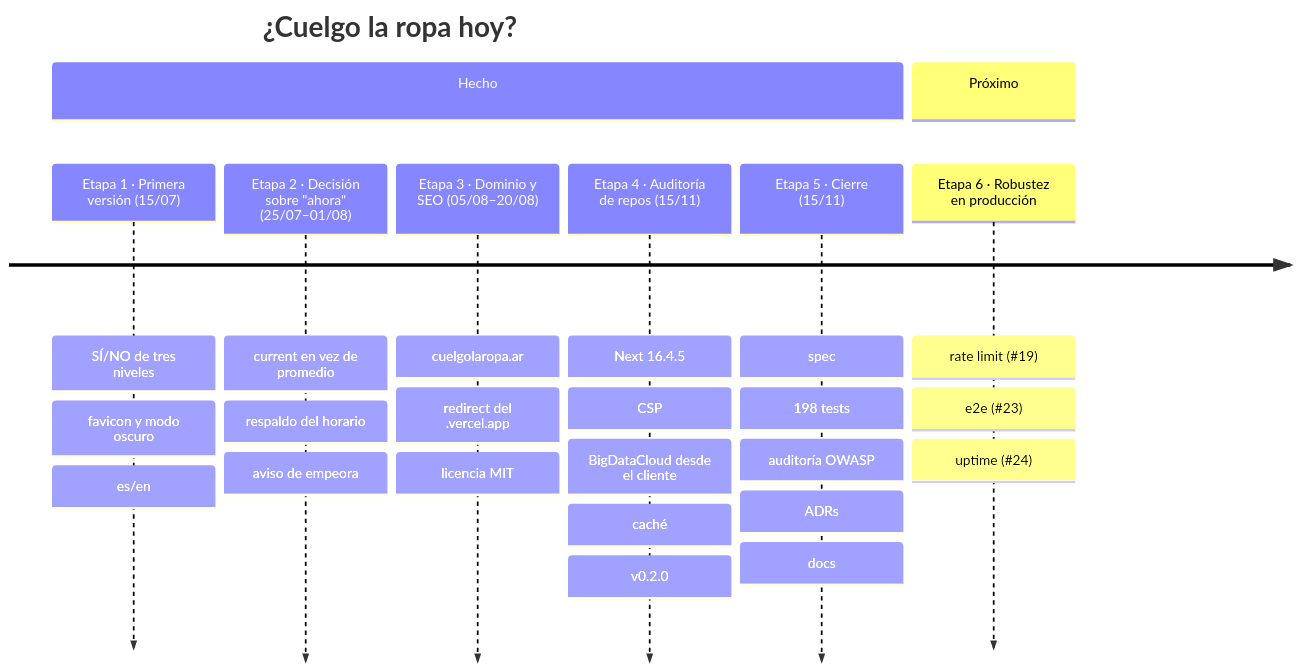
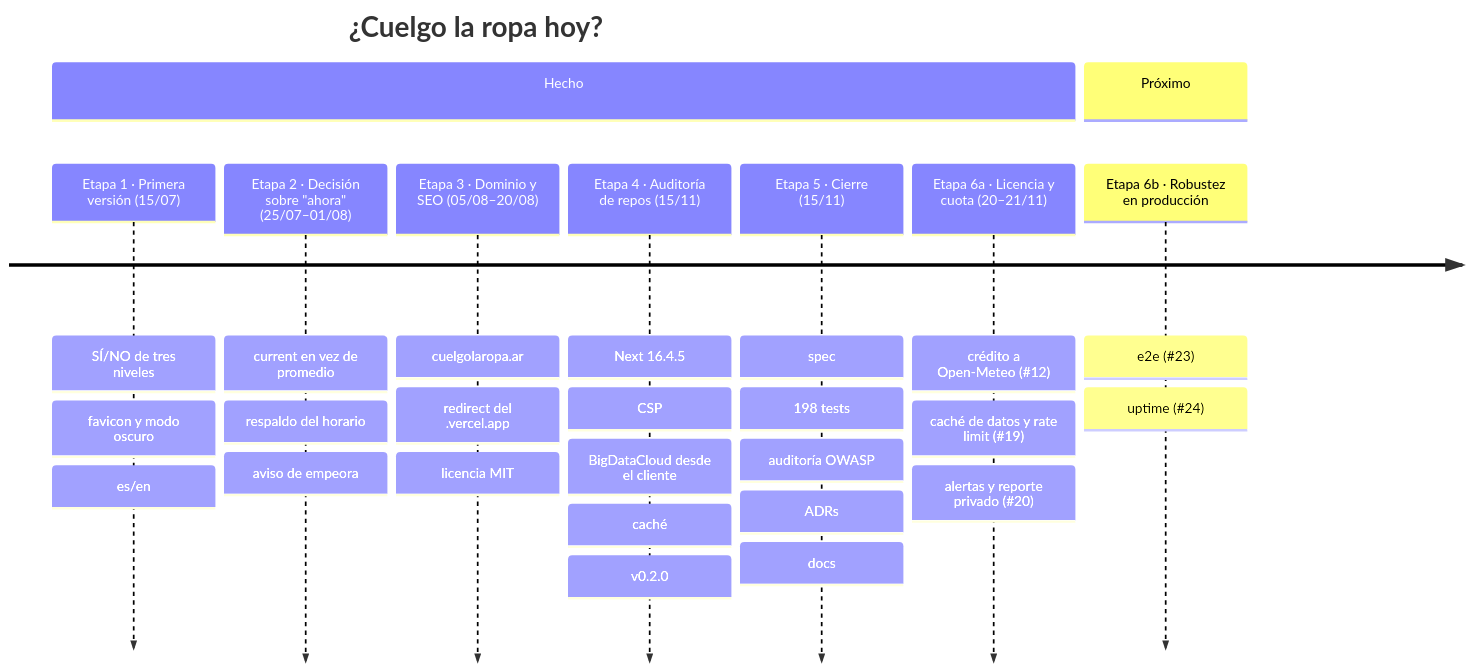
Before and after one commit to malenitaa/cuelgolaropa: the diagram in HANDOFF.md, drawn with Mermaid. The commit also changed other lines of this file and 4 other files, not shown here.

First line of the commit message:
Rate limit del Firewall documentado y HANDOFF al día

````diff
--- a/HANDOFF.md
+++ b/HANDOFF.md
@@ -11,12 +11,13 @@
 ```mermaid
 timeline
     title ¿Cuelgo la ropa hoy?
     section Hecho
         Etapa 1 · Primera versión (15/07) : SÍ/NO de tres niveles : favicon y modo oscuro : es/en
         Etapa 2 · Decisión sobre "ahora" (25/07–01/08) : current en vez de promedio : respaldo del horario : aviso de empeora
         Etapa 3 · Dominio y SEO (05/08–20/08) : cuelgolaropa.ar : redirect del .vercel.app : licencia MIT
         Etapa 4 · Auditoría de repos (15/11) : Next 16.4.5 : CSP : BigDataCloud desde el cliente : caché : v0.2.0
         Etapa 5 · Cierre (15/11) : spec : 198 tests : auditoría OWASP : ADRs : docs
+        Etapa 6a · Licencia y cuota (20–21/11) : crédito a Open-Meteo (#12) : caché de datos y rate limit (#19) : alertas y reporte privado (#20)
     section Próximo
-        Etapa 6 · Robustez en producción : rate limit (#19) : e2e (#23) : uptime (#24)
+        Etapa 6b · Robustez en producción : e2e (#23) : uptime (#24)
 ```
````
